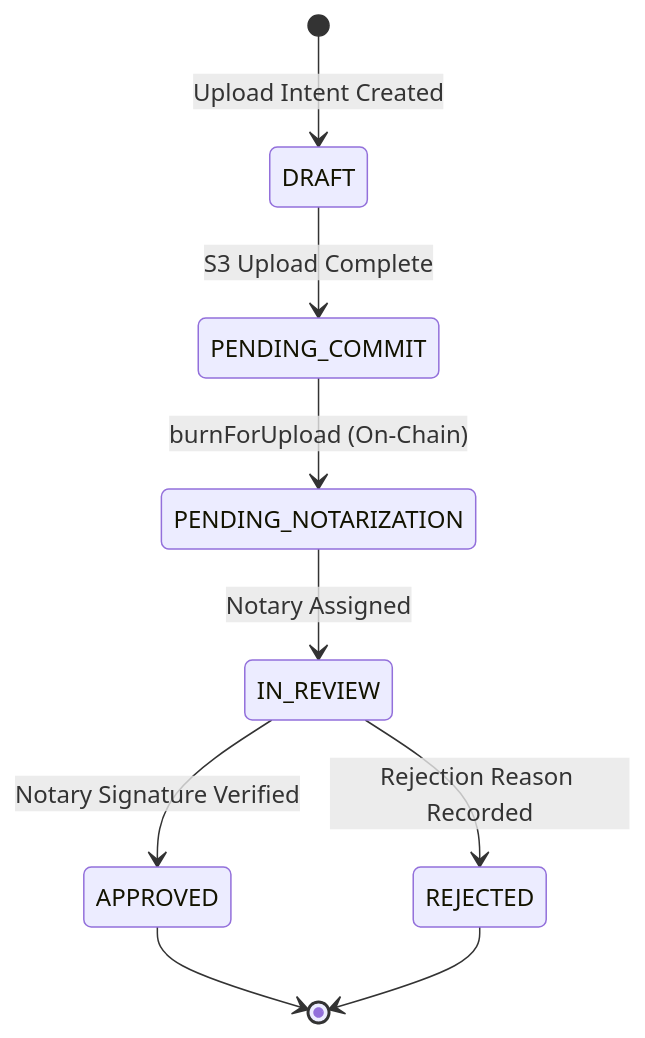
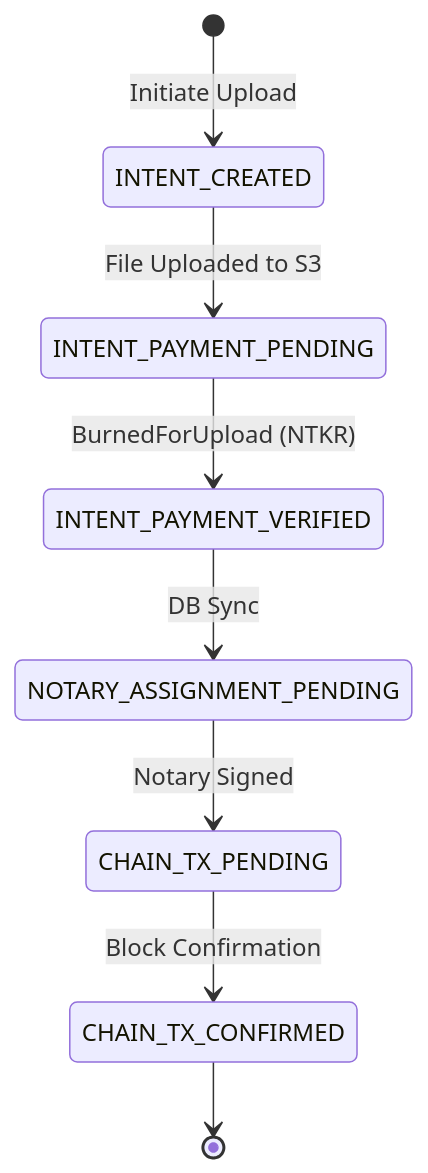
The second of 3 diagrams in README.md (CoderShubhamMate/Block-Chain-Based-Secure-Notarization-System), drawn with Mermaid before and after one commit. The commit also changed other lines of this file, not shown here.

````diff
--- a/README.md
+++ b/README.md
@@ -49,11 +49,10 @@
 ```mermaid
 stateDiagram-v2
-    [*] --> DRAFT: Upload Intent Created
-    DRAFT --> PENDING_COMMIT: S3 Upload Complete
-    PENDING_COMMIT --> PENDING_NOTARIZATION: burnForUpload (On-Chain)
-    PENDING_NOTARIZATION --> IN_REVIEW: Notary Assigned
-    IN_REVIEW --> APPROVED: Notary Signature Verified
-    IN_REVIEW --> REJECTED: Rejection Reason Recorded
-    APPROVED --> [*]
-    REJECTED --> [*]
+    [*] --> INTENT_CREATED: Initiate Upload
+    INTENT_CREATED --> INTENT_PAYMENT_PENDING: File Uploaded to S3
+    INTENT_PAYMENT_PENDING --> INTENT_PAYMENT_VERIFIED: BurnedForUpload (NTKR)
+    INTENT_PAYMENT_VERIFIED --> NOTARY_ASSIGNMENT_PENDING: DB Sync
+    NOTARY_ASSIGNMENT_PENDING --> CHAIN_TX_PENDING: Notary Signed
+    CHAIN_TX_PENDING --> CHAIN_TX_CONFIRMED: Block Confirmation
+    CHAIN_TX_CONFIRMED --> [*]
 ```
````
